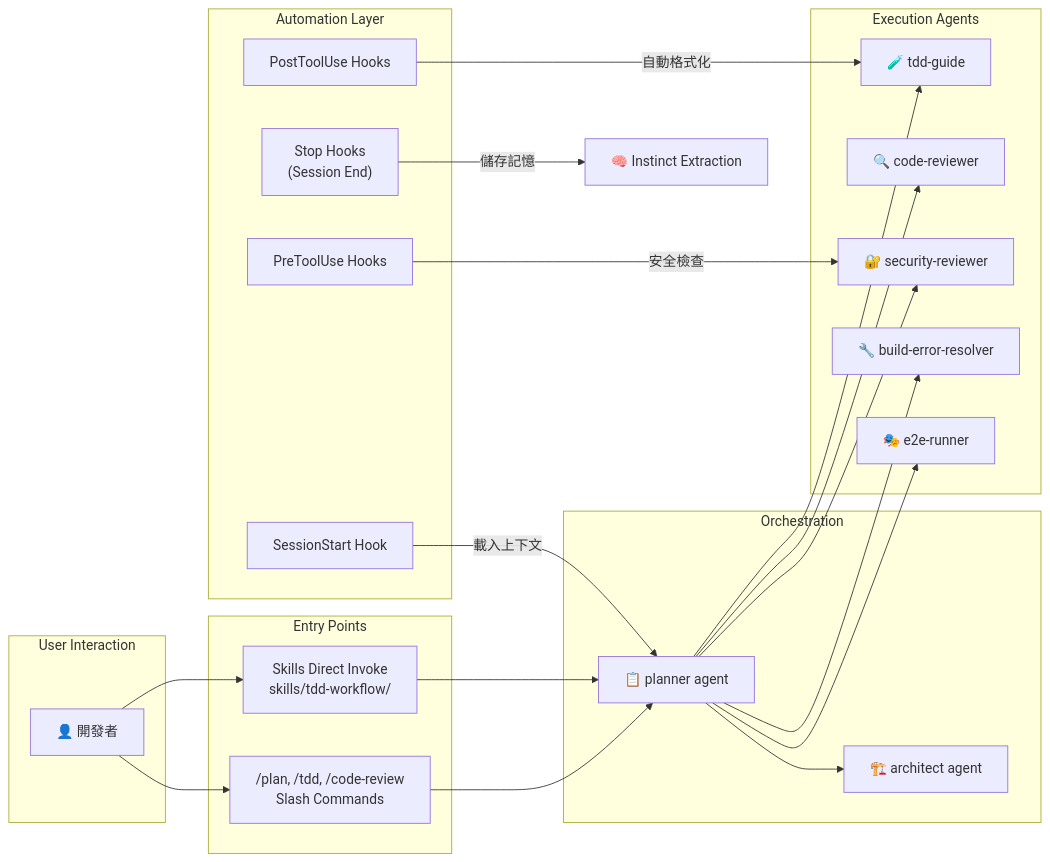
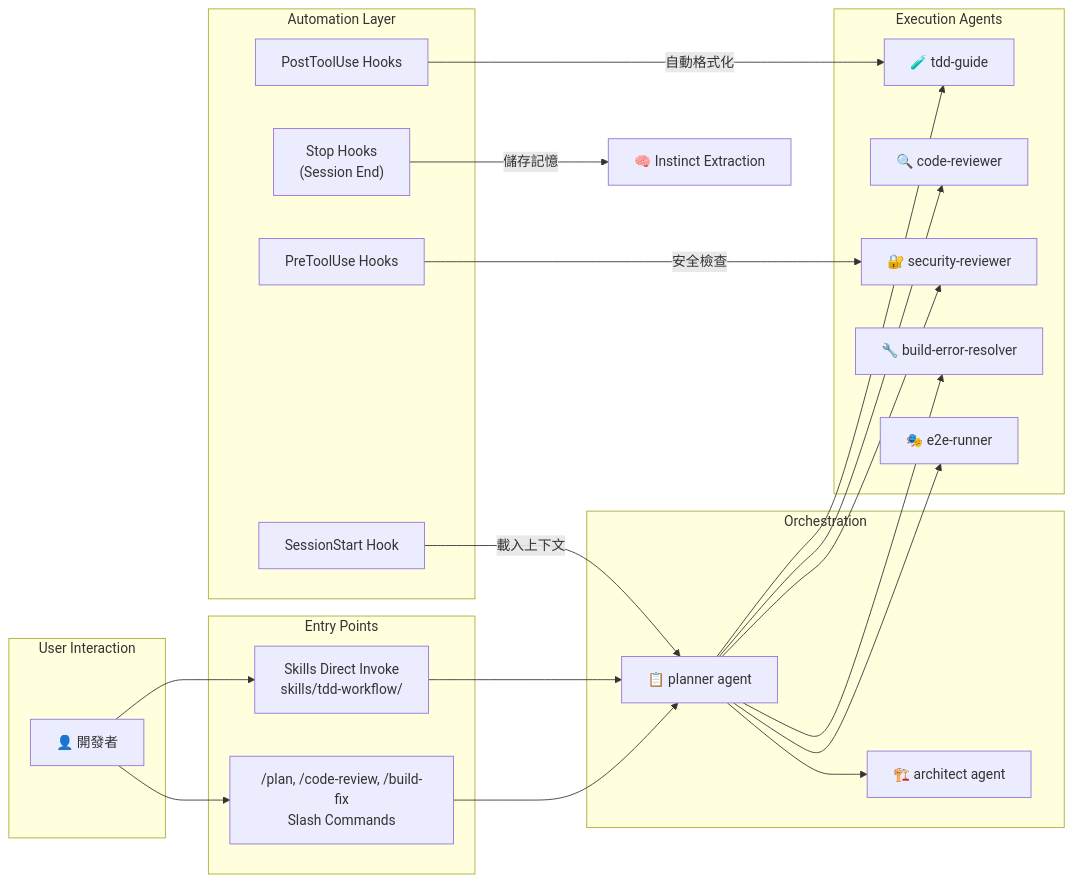
One commit to chihhung/Blog changed the second of 26 diagrams in content/posts/教學/AI開發/Everything Claude Code 教學手冊.md. Above: the diagram before and after it, drawn with Mermaid. The commit also changed other lines of this file and 6 other files, not shown here.

Commit message:
docs: content update and add archify and diagram-design 教學手冊

````diff
--- a/content/posts/教學/AI開發/Everything Claude Code 教學手冊.md
+++ b/content/posts/教學/AI開發/Everything Claude Code 教學手冊.md
@@ -272,47 +313,47 @@
 ```mermaid
 graph LR
     subgraph "User Interaction"
         User["👤 開發者"]
     end
 
     subgraph "Entry Points"
-        SlashCmd["/plan, /tdd, /code-review<br/>Slash Commands"]
+        SlashCmd["/plan, /code-review, /build-fix<br/>Slash Commands"]
         SkillInvoke["Skills Direct Invoke<br/>skills/tdd-workflow/"]
     end
 
     subgraph "Orchestration"
         Planner["📋 planner agent"]
         Architect["🏗️ architect agent"]
     end
 
     subgraph "Execution Agents"
         TDDGuide["🧪 tdd-guide"]
         CodeReviewer["🔍 code-reviewer"]
         SecurityReviewer["🔐 security-reviewer"]
         BuildResolver["🔧 build-error-resolver"]
         E2ERunner["🎭 e2e-runner"]
     end
 
     subgraph "Automation Layer"
         PreHook["PreToolUse Hooks"]
         PostHook["PostToolUse Hooks"]
         StopHook["Stop Hooks<br/>(Session End)"]
         SessionStart["SessionStart Hook"]
     end
 
     User --> SlashCmd
     User --> SkillInvoke
     SlashCmd --> Planner
     SkillInvoke --> Planner
     Planner --> Architect
     Planner --> TDDGuide
     Planner --> CodeReviewer
     Planner --> SecurityReviewer
     Planner --> BuildResolver
     Planner --> E2ERunner
 
     SessionStart -->|"載入上下文"| Planner
     PostHook -->|"自動格式化"| TDDGuide
     StopHook -->|"儲存記憶"| ContinuousLearning["🧠 Instinct Extraction"]
     PreHook -->|"安全檢查"| SecurityReviewer
 ```
````
